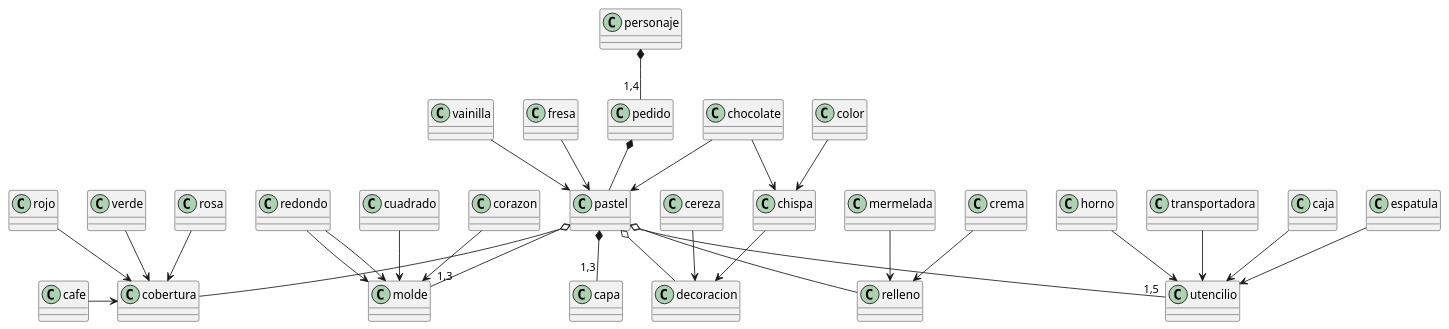
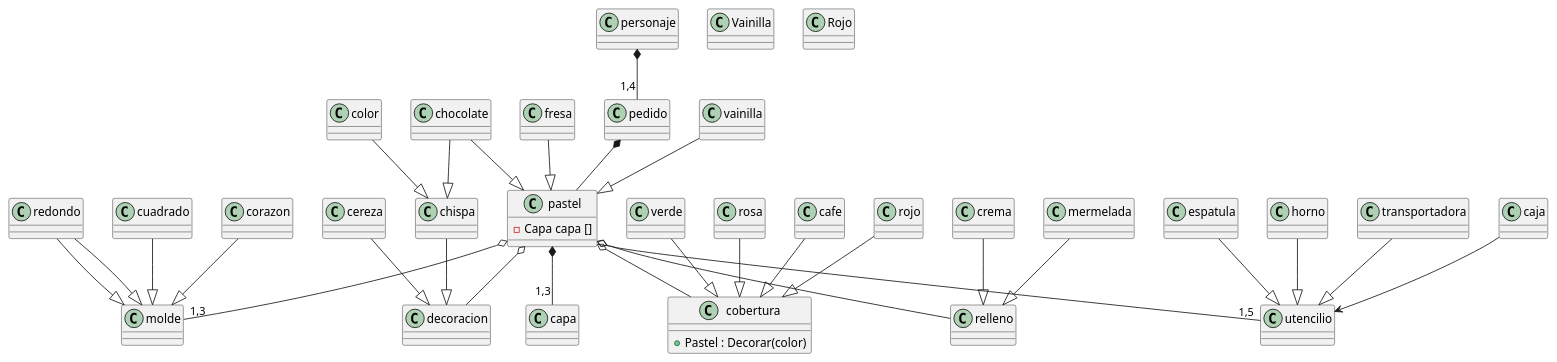
One commit to 25110292/3E261 changed the diagram in diagrama.puml. Above: the diagram before and after it, drawn with PlantUML.

Commit message:
Practica 4

```diff
--- a/diagrama.puml
+++ b/diagrama.puml
@@ -1,61 +1,65 @@
 @startuml
 class molde
 class redondo 
 class cuadrado
 class corazon
-class pastel 
-class vainilla
+class pastel {
+    -Capa capa []
+}
+class Vainilla
 class fresa
 class decoracion 
 class chispa
 class color
 class chocolate 
-class cobertura 
-class rojo
+class cobertura {
+    +Pastel : Decorar(color)
+}
+class Rojo
 class verde
 class rosa
 class cafe
 class relleno 
 class crema 
 class mermelada
 class cereza
 class utencilio 
 class espatula
-class horno 
+class horno
 class transportadora
 class caja 
 class personaje 
 class pedido
 class capa 
 
-redondo-->molde
-redondo-->molde
-cuadrado -->molde 
-corazon --> molde 
-vainilla-->pastel
-chocolate-->pastel
-fresa-->pastel
-chispa-->decoracion 
-chocolate-->chispa
-color-->chispa
-rojo-->cobertura
-verde-->cobertura
-rosa-->cobertura
-cafe->cobertura 
-crema-->relleno 
-mermelada -->relleno
-cereza-->decoracion
-espatula-->utencilio
-horno-->utencilio
-transportadora-->utencilio
+redondo--|>molde
+redondo--|>molde
+cuadrado --|>molde 
+corazon --|> molde 
+vainilla--|>pastel
+chocolate--|>pastel
+fresa--|>pastel
+chispa--|>decoracion 
+chocolate--|>chispa
+color--|>chispa
+rojo--|>cobertura
+verde--|>cobertura
+rosa--|>cobertura
+cafe--|>cobertura 
+crema--|>relleno 
+mermelada --|>relleno
+cereza--|>decoracion
+espatula--|>utencilio
+horno--|>utencilio
+transportadora--|>utencilio
 caja-->utencilio
 pastel o--"1,3" molde
 pastel o-- decoracion
 pastel o-- cobertura
 pastel o-- relleno 
 personaje *-- "1,4"pedido
 pedido *-- pastel 
 pastel *--"1,3" capa 
 pastel o--"1,5"utencilio 
 
 @enduml
```
